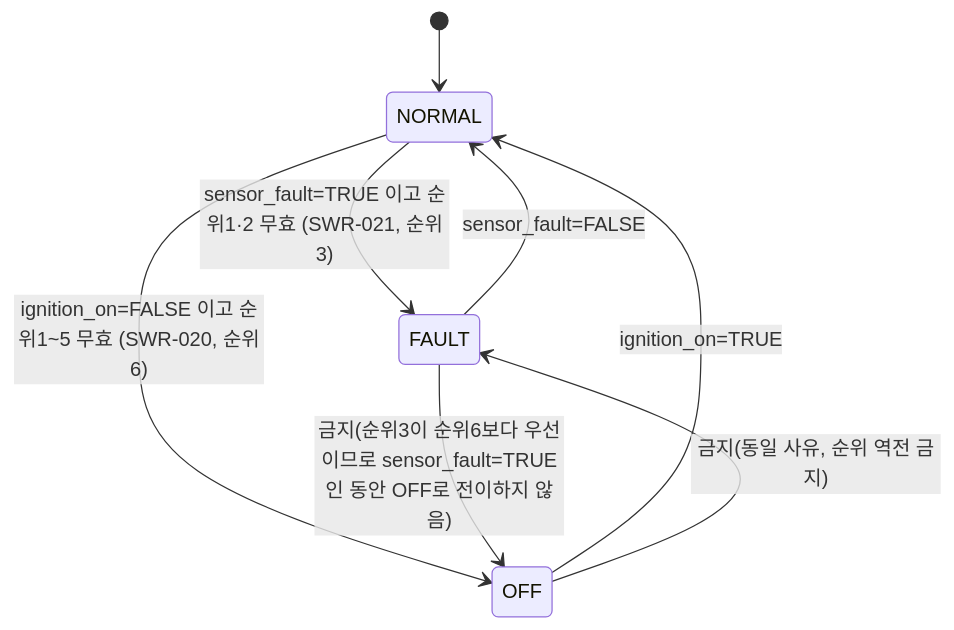
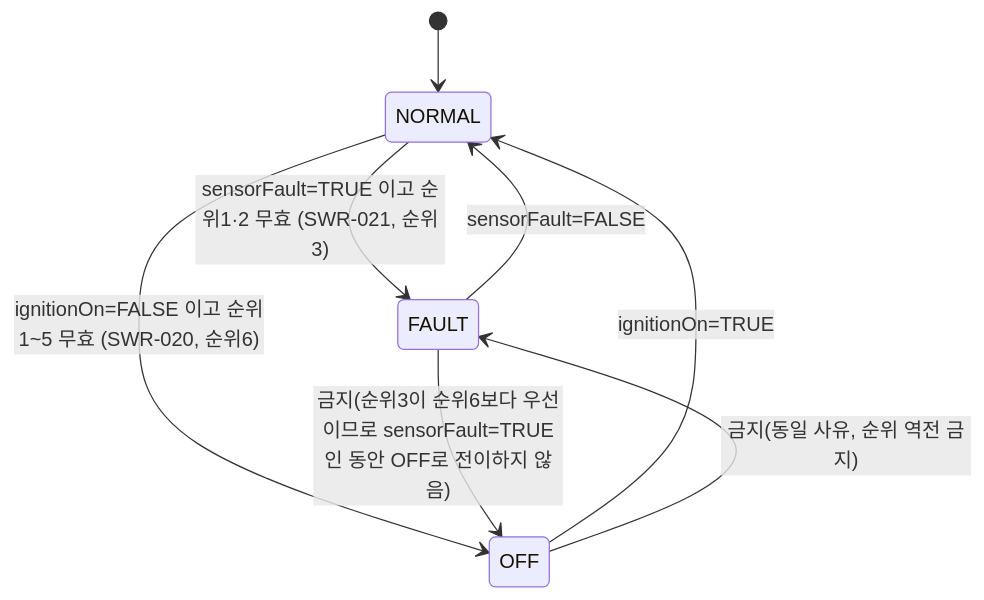
Before and after one commit to jay3063/AI_Agent: the eighth of 9 diagrams in WorkProducts/Engineering/SoftwareArchitecturalDesign/SWA-001_SW 아키텍처 설계서.md, drawn with Mermaid. The commit also changed other lines of this file and 2 other files, not shown here.

````diff
--- a/WorkProducts/Engineering/SoftwareArchitecturalDesign/SWA-001_SW 아키텍처 설계서.md
+++ b/WorkProducts/Engineering/SoftwareArchitecturalDesign/SWA-001_SW 아키텍처 설계서.md
@@ -439,10 +440,10 @@
 ```mermaid
 stateDiagram-v2
     [*] --> NORMAL
-    NORMAL --> FAULT: sensor_fault=TRUE 이고 순위1·2 무효 (SWR-021, 순위3)
-    FAULT --> NORMAL: sensor_fault=FALSE
-    NORMAL --> OFF: ignition_on=FALSE 이고 순위1~5 무효 (SWR-020, 순위6)
-    OFF --> NORMAL: ignition_on=TRUE
-    FAULT --> OFF: 금지(순위3이 순위6보다 우선이므로 sensor_fault=TRUE인 동안 OFF로 전이하지 않음)
+    NORMAL --> FAULT: sensorFault=TRUE 이고 순위1·2 무효 (SWR-021, 순위3)
+    FAULT --> NORMAL: sensorFault=FALSE
+    NORMAL --> OFF: ignitionOn=FALSE 이고 순위1~5 무효 (SWR-020, 순위6)
+    OFF --> NORMAL: ignitionOn=TRUE
+    FAULT --> OFF: 금지(순위3이 순위6보다 우선이므로 sensorFault=TRUE인 동안 OFF로 전이하지 않음)
     OFF --> FAULT: 금지(동일 사유, 순위 역전 금지)
 ```
````
